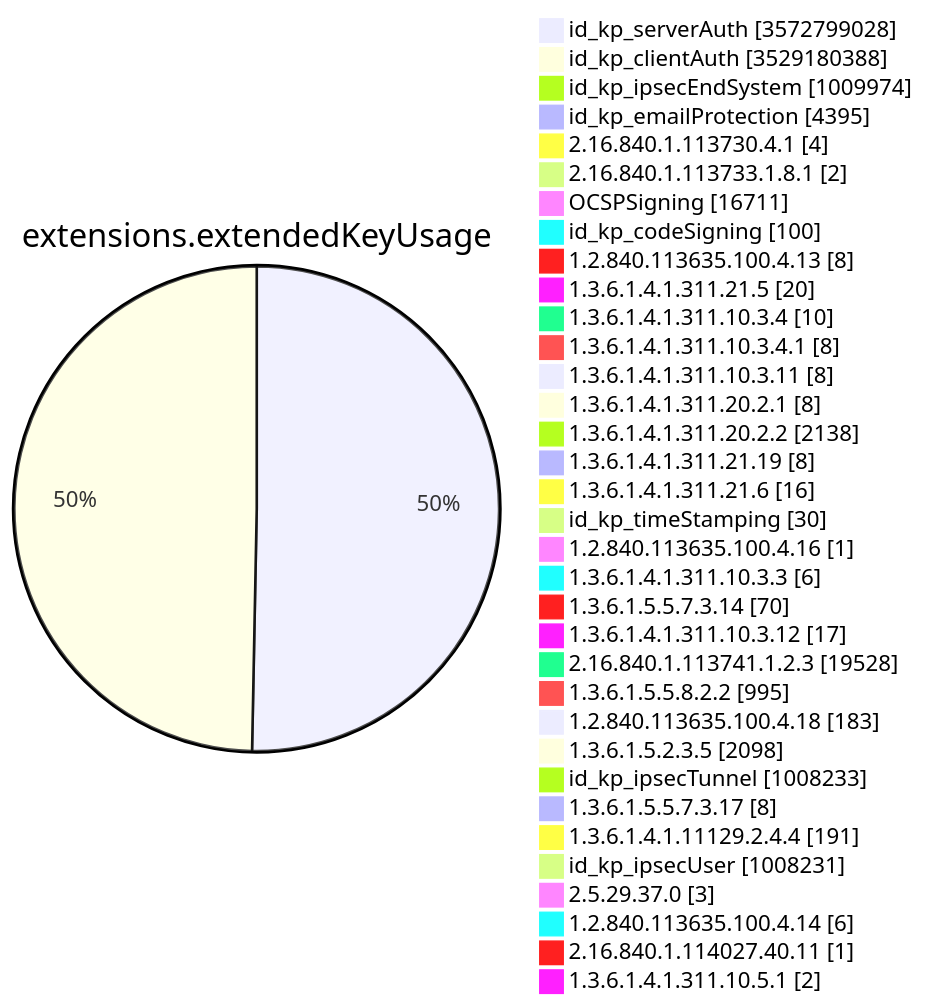
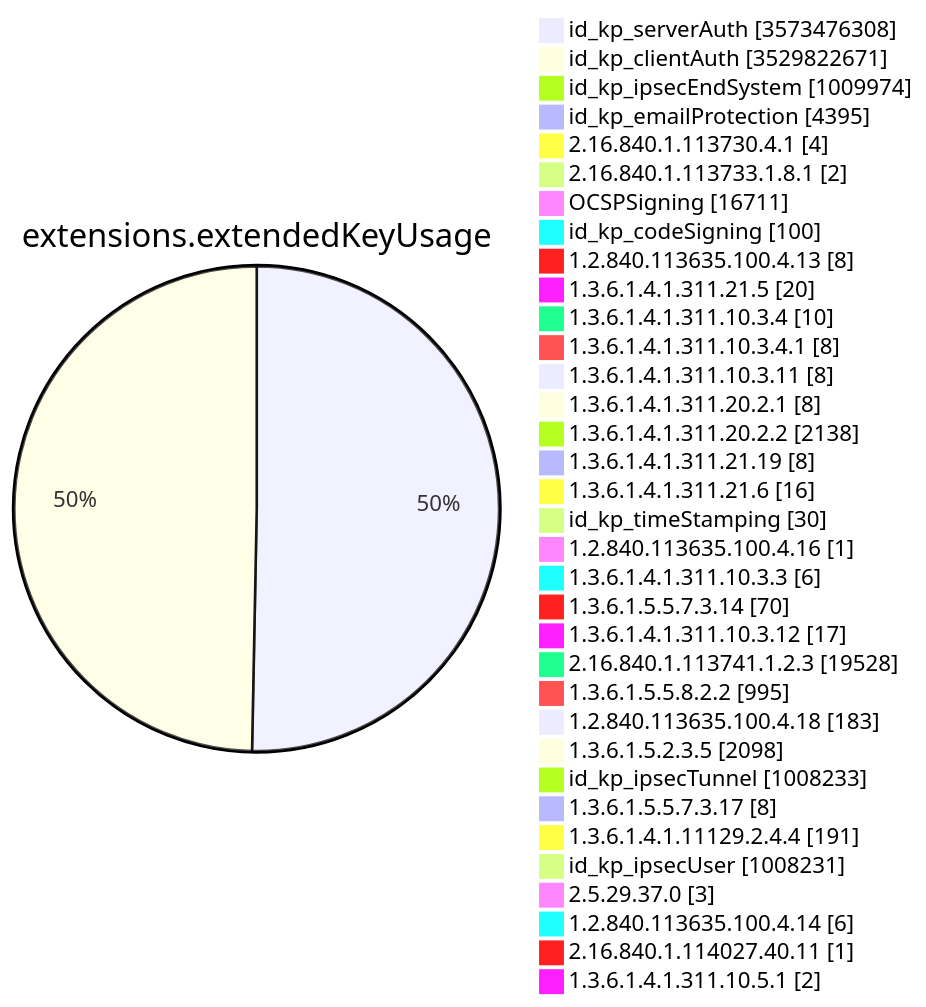
Diagram 11 of 15 in TOTAL/README.md (christiankrug/ctmonitor_visualization), drawn with Mermaid before and after one commit. The commit also changed other lines of this file, not shown here.

````diff
--- a/TOTAL/README.md
+++ b/TOTAL/README.md
@@ -4128,38 +4128,38 @@
 ```mermaid
 pie showData
 title extensions.extendedKeyUsage
-"id_kp_serverAuth" :3572799028
-"id_kp_clientAuth" :3529180388
+"id_kp_serverAuth" :3573476308
+"id_kp_clientAuth" :3529822671
 "id_kp_ipsecEndSystem" :1009974
 "id_kp_emailProtection" :4395
 "2.16.840.1.113730.4.1" :4
 "2.16.840.1.113733.1.8.1" :2
 "OCSPSigning" :16711
 "id_kp_codeSigning" :100
 "1.2.840.113635.100.4.13" :8
 "1.3.6.1.4.1.311.21.5" :20
 "1.3.6.1.4.1.311.10.3.4" :10
 "1.3.6.1.4.1.311.10.3.4.1" :8
 "1.3.6.1.4.1.311.10.3.11" :8
 "1.3.6.1.4.1.311.20.2.1" :8
 "1.3.6.1.4.1.311.20.2.2" :2138
 "1.3.6.1.4.1.311.21.19" :8
 "1.3.6.1.4.1.311.21.6" :16
 "id_kp_timeStamping" :30
 "1.2.840.113635.100.4.16" :1
 "1.3.6.1.4.1.311.10.3.3" :6
 "1.3.6.1.5.5.7.3.14" :70
 "1.3.6.1.4.1.311.10.3.12" :17
 "2.16.840.1.113741.1.2.3" :19528
 "1.3.6.1.5.5.8.2.2" :995
 "1.2.840.113635.100.4.18" :183
 "1.3.6.1.5.2.3.5" :2098
 "id_kp_ipsecTunnel" :1008233
 "1.3.6.1.5.5.7.3.17" :8
 "1.3.6.1.4.1.11129.2.4.4" :191
 "id_kp_ipsecUser" :1008231
 "2.5.29.37.0" :3
 "1.2.840.113635.100.4.14" :6
 "2.16.840.1.114027.40.11" :1
 "1.3.6.1.4.1.311.10.5.1" :2
 ```
````
